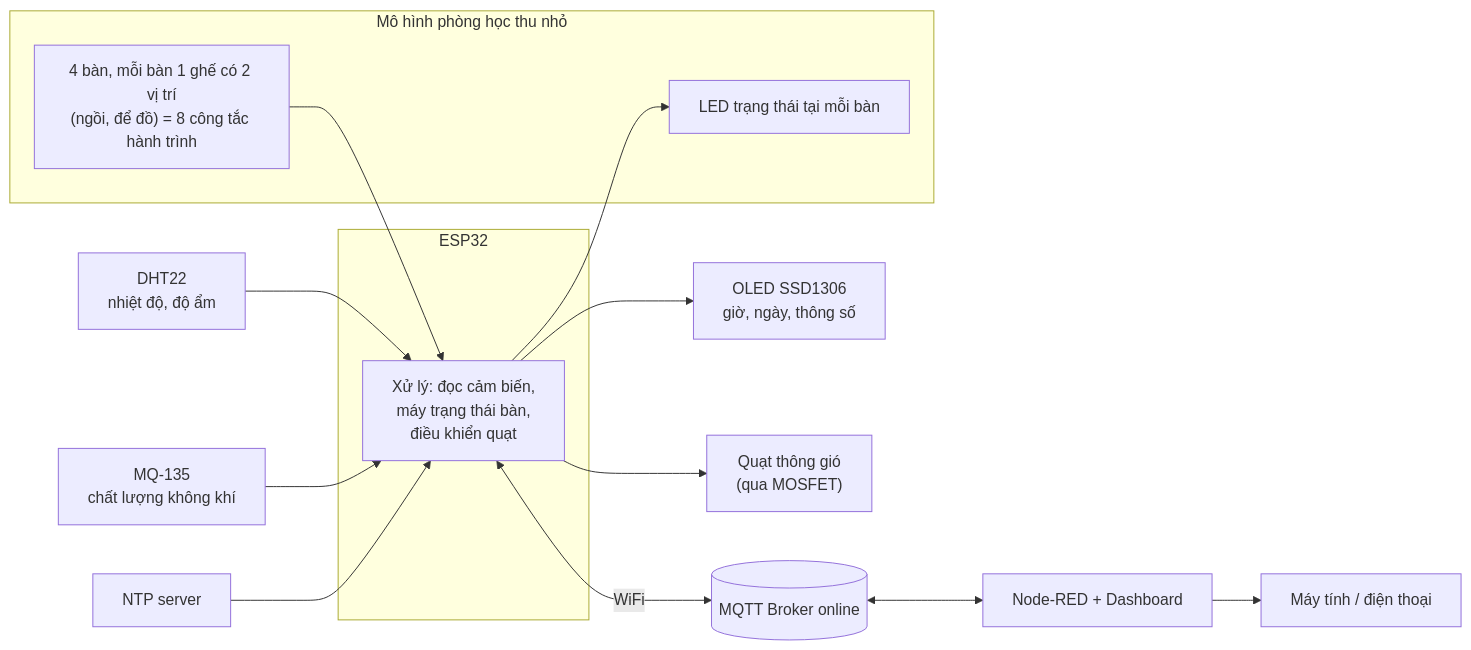
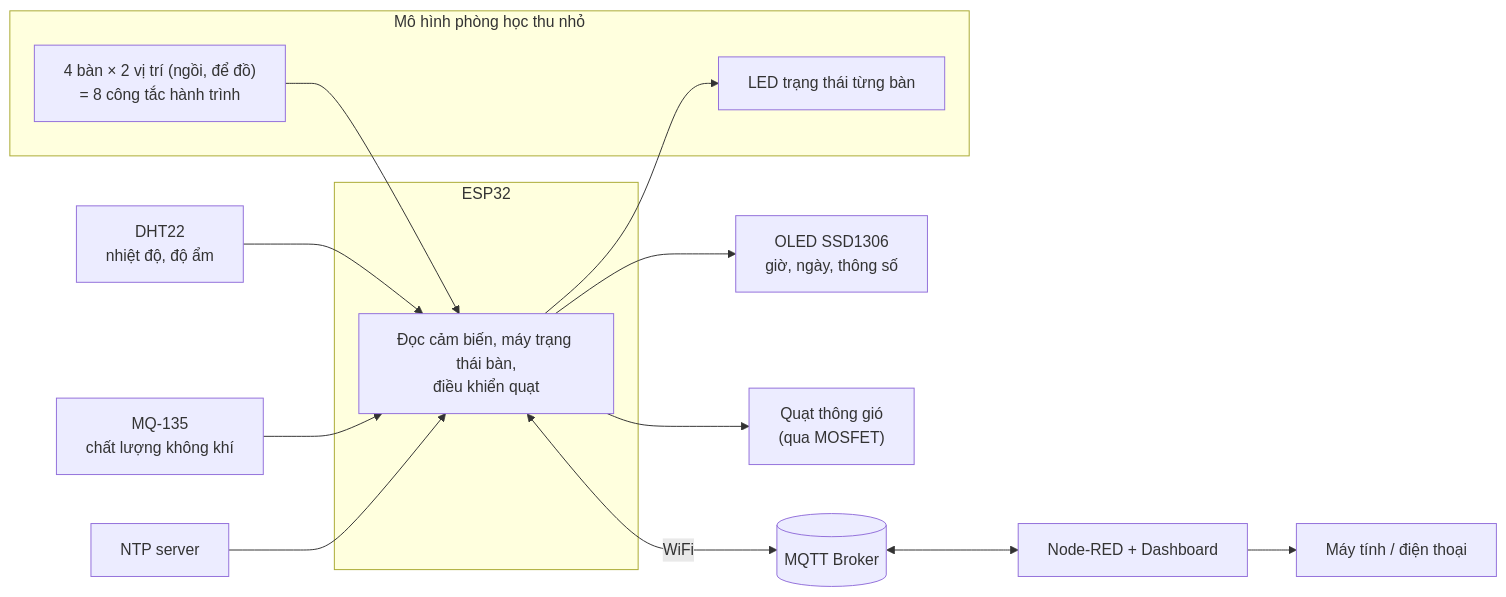
The first of 2 diagrams in README.md (binhpro264/Smart-Self-Study-Room), drawn with Mermaid before and after one commit. The commit also changed other lines of this file, not shown here.

````diff
--- a/README.md
+++ b/README.md
@@ -41,20 +41,20 @@
 ```mermaid
 flowchart LR
     subgraph ROOM["Mô hình phòng học thu nhỏ"]
-        DESKS["4 bàn, mỗi bàn 1 ghế có 2 vị trí<br/>(ngồi, để đồ) = 8 công tắc hành trình"]
-        LEDS["LED trạng thái tại mỗi bàn"]
+        DESKS["4 bàn × 2 vị trí (ngồi, để đồ)<br/>= 8 công tắc hành trình"]
+        LEDS["LED trạng thái từng bàn"]
     end
     subgraph ESP["ESP32"]
-        MCU["Xử lý: đọc cảm biến,<br/>máy trạng thái bàn,<br/>điều khiển quạt"]
+        MCU["Đọc cảm biến, máy trạng thái bàn,<br/>điều khiển quạt"]
     end
     DHT["DHT22<br/>nhiệt độ, độ ẩm"] --> MCU
     MQ["MQ-135<br/>chất lượng không khí"] --> MCU
     DESKS --> MCU
     MCU --> LEDS
     MCU --> OLED["OLED SSD1306<br/>giờ, ngày, thông số"]
     MCU --> FAN["Quạt thông gió<br/>(qua MOSFET)"]
     NTP["NTP server"] --> MCU
-    MCU <-->|WiFi| BROKER[("MQTT Broker online")]
+    MCU <-->|WiFi| BROKER[("MQTT Broker")]
     BROKER <--> NR["Node-RED + Dashboard"]
     NR --> UI["Máy tính / điện thoại"]
 ```
````
